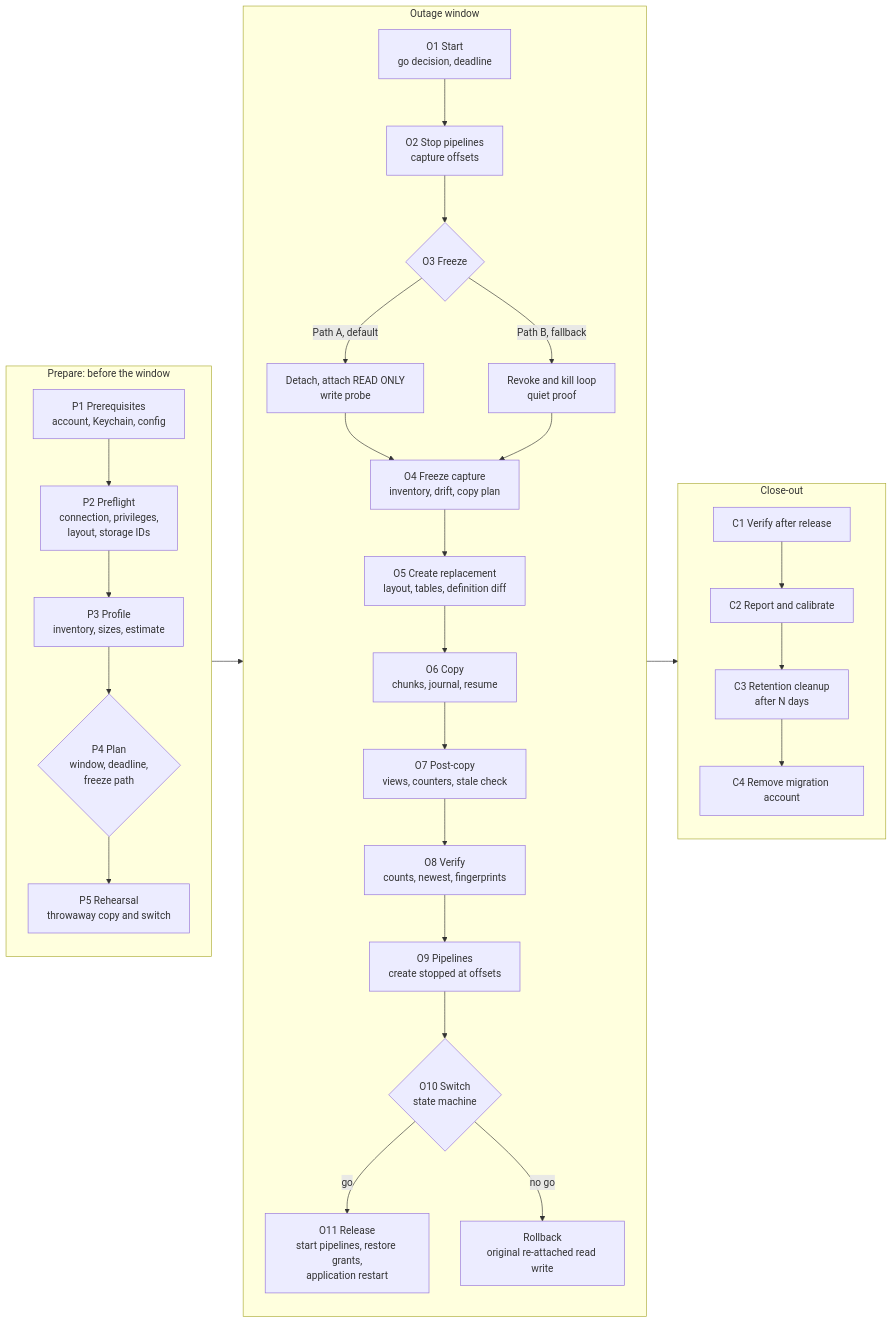
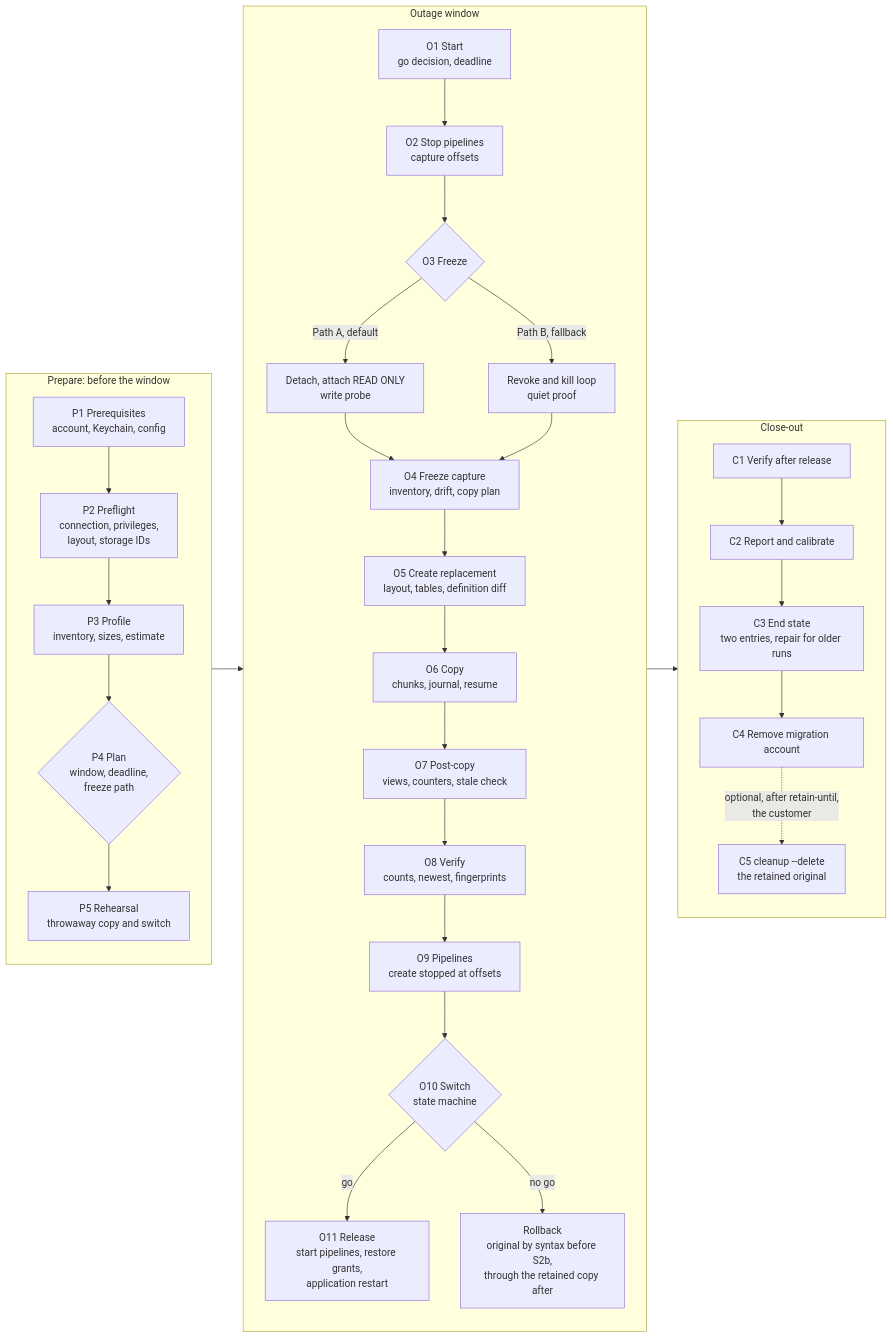
One commit to jmbergamini/singlestore_replicator changed the diagram in docs/ARCHITECTURE.md. Above: the diagram before and after it, drawn with Mermaid. The commit also changed other lines of this file and 26 other files, not shown here.

````diff
--- a/docs/ARCHITECTURE.md
+++ b/docs/ARCHITECTURE.md
@@ -90,35 +90,36 @@
 ```mermaid
 flowchart LR
   subgraph P[Prepare: before the window]
     direction TB
     P1[P1 Prerequisites<br/>account, Keychain, config] --> P2[P2 Preflight<br/>connection, privileges,<br/>layout, storage IDs]
     P2 --> P3[P3 Profile<br/>inventory, sizes, estimate]
     P3 --> P4{P4 Plan<br/>window, deadline,<br/>freeze path}
     P4 --> P5[P5 Rehearsal<br/>throwaway copy and switch]
   end
   subgraph O[Outage window]
     direction TB
     O1[O1 Start<br/>go decision, deadline] --> O2[O2 Stop pipelines<br/>capture offsets]
     O2 --> O3{O3 Freeze}
     O3 -->|Path A, default| O3A[Detach, attach READ ONLY<br/>write probe]
     O3 -->|Path B, fallback| O3B[Revoke and kill loop<br/>quiet proof]
     O3A --> O4[O4 Freeze capture<br/>inventory, drift, copy plan]
     O3B --> O4
     O4 --> O5[O5 Create replacement<br/>layout, tables, definition diff]
     O5 --> O6[O6 Copy<br/>chunks, journal, resume]
     O6 --> O7[O7 Post-copy<br/>views, counters, stale check]
     O7 --> O8[O8 Verify<br/>counts, newest, fingerprints]
     O8 --> O9[O9 Pipelines<br/>create stopped at offsets]
     O9 --> O10{O10 Switch<br/>state machine}
     O10 -->|go| O11[O11 Release<br/>start pipelines, restore grants,<br/>application restart]
-    O10 -->|no go| RB[Rollback<br/>original re-attached read write]
+    O10 -->|no go| RB[Rollback<br/>original by syntax before S2b,<br/>through the retained copy after]
   end
   subgraph C[Close-out]
     direction TB
     C1[C1 Verify after release] --> C2[C2 Report and calibrate]
-    C2 --> C3[C3 Retention cleanup<br/>after N days]
+    C2 --> C3[C3 End state<br/>two entries, repair for older runs]
     C3 --> C4[C4 Remove migration account]
+    C4 -.->|optional, after retain-until,<br/>the customer| C5[C5 cleanup --delete<br/>the retained original]
   end
   P5 --> O1
   O11 --> C1
 ```
````
